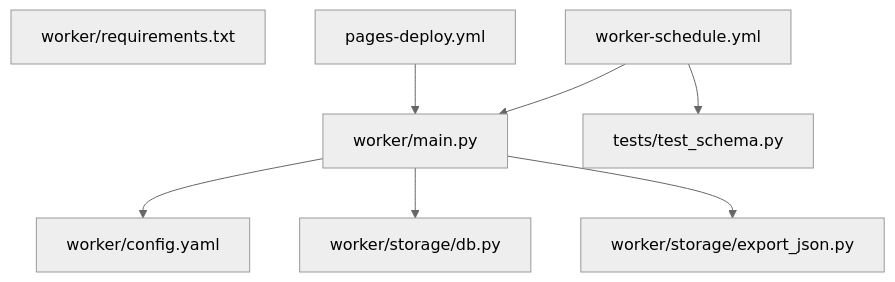
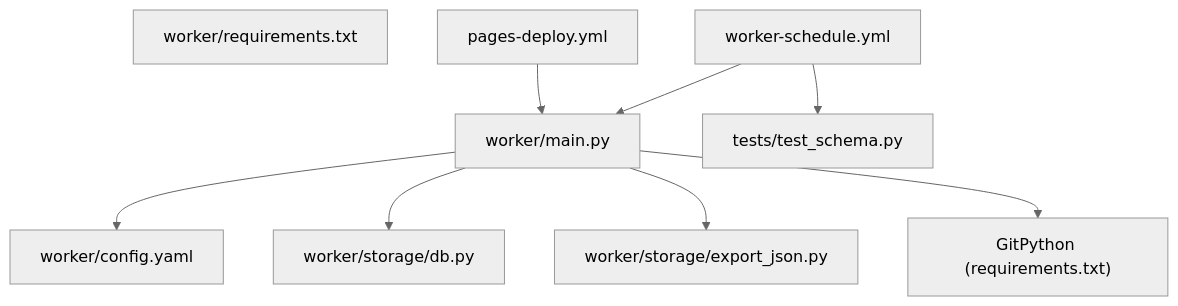
The ninth of 9 diagrams in .qoder/repowiki/en/content/Automation and Deployment/Automation and Deployment.md (shakthi-vinayak/news), drawn with Mermaid (neutral theme) before and after one commit. The commit also changed other lines of this file and 32 other files, not shown here.

````diff
--- a/.qoder/repowiki/en/content/Automation and Deployment/Automation and Deployment.md
+++ b/.qoder/repowiki/en/content/Automation and Deployment/Automation and Deployment.md
@@ -421,17 +488,19 @@
 ```mermaid
 graph TB
 CFG["worker/config.yaml"]
 REQ["worker/requirements.txt"]
 MAIN["worker/main.py"]
 DBMOD["worker/storage/db.py"]
 EXPMOD["worker/storage/export_json.py"]
 TEST["tests/test_schema.py"]
 SCHED["worker-schedule.yml"]
 PAGES["pages-deploy.yml"]
+GITPY["GitPython (requirements.txt)"]
 MAIN --> CFG
 MAIN --> DBMOD
 MAIN --> EXPMOD
+MAIN --> GITPY
 SCHED --> MAIN
 SCHED --> TEST
 PAGES --> MAIN
 ```
````
